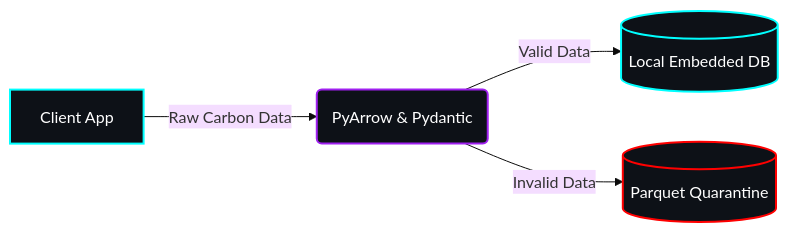
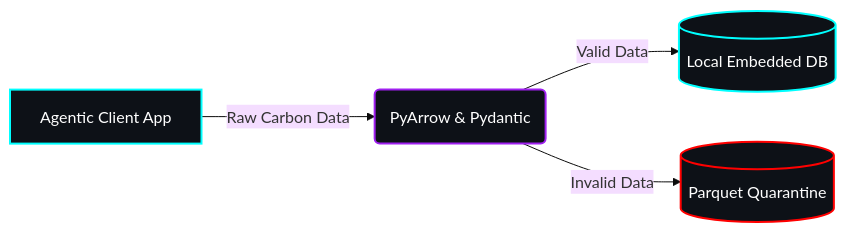
One commit to hitanshuac/yeti-tracker changed the diagram in README.md. Above: the diagram before and after it, drawn with Mermaid (base theme). The commit also changed other lines of this file and 10 other files, not shown here.

````diff
--- a/README.md
+++ b/README.md
@@ -43,11 +37,11 @@
 ```mermaid
 graph LR
-    A[Client App] -->|Raw Carbon Data| B(PyArrow & Pydantic)
+    A[Agentic Client App] -->|Raw Carbon Data| B(PyArrow & Pydantic)
     B -->|Valid Data| C[(Local Embedded DB)]
     B -->|Invalid Data| D[(Parquet Quarantine)]
     
     style A fill:#0D1117,stroke:#00FFFF,stroke-width:2px,color:#fff
     style B fill:#0D1117,stroke:#A020F0,stroke-width:2px,color:#fff
     style C fill:#0D1117,stroke:#00FFFF,stroke-width:2px,color:#fff
     style D fill:#0D1117,stroke:#FF0000,stroke-width:2px,color:#fff
 ```
````
